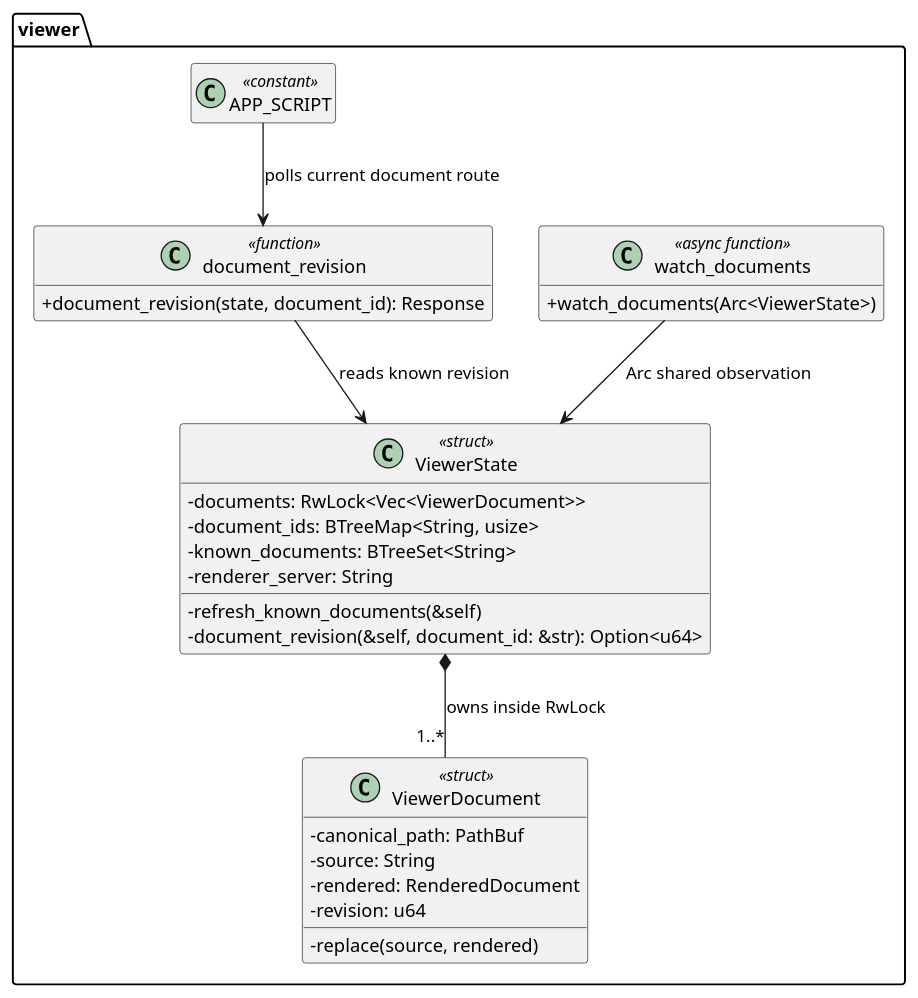
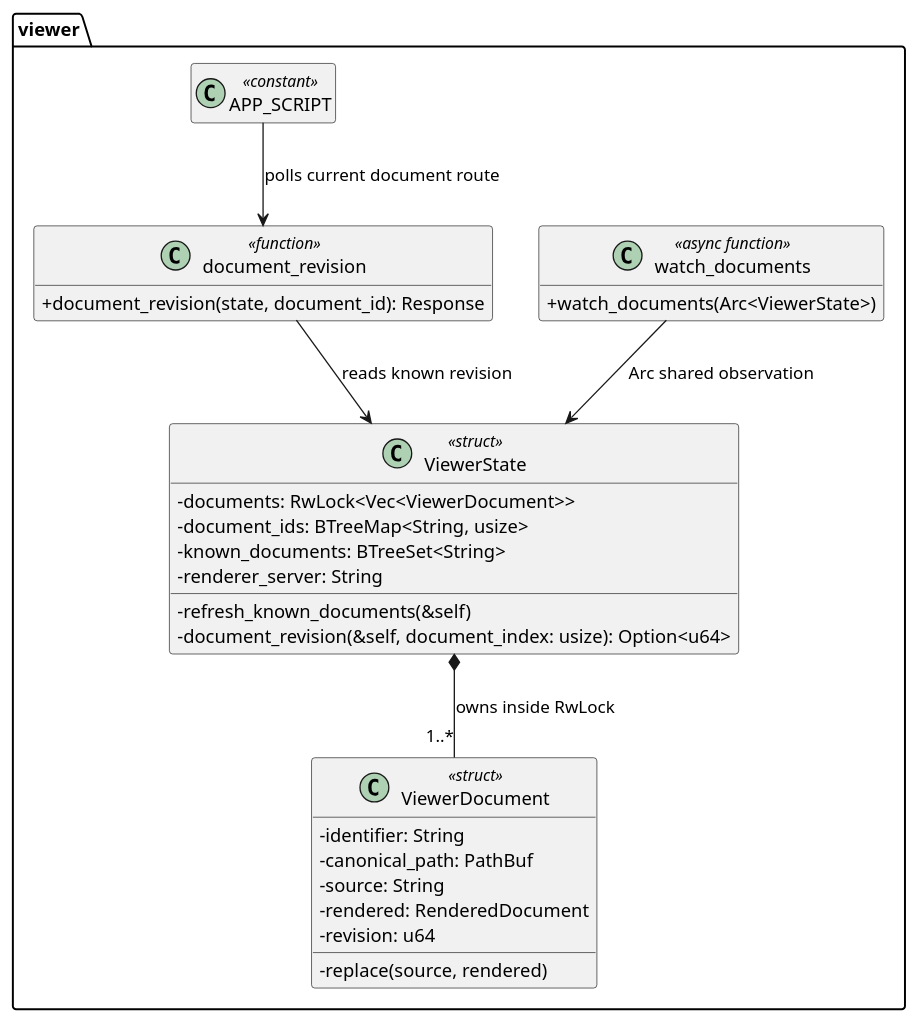
Before and after one commit to sirius-cc-wu/lens: the second of 2 diagrams in docs/features/automatic-refresh/design.md, drawn with PlantUML. The commit also changed other lines of this file and 8 other files, not shown here.

````diff
--- a/docs/features/automatic-refresh/design.md
+++ b/docs/features/automatic-refresh/design.md
@@ -80,36 +80,37 @@
 ```plantuml
 @startuml
 hide empty members
 skinparam classAttributeIconSize 0
 
 package "viewer" {
   class "ViewerState" as ViewerState <<struct>> {
     -documents: RwLock<Vec<ViewerDocument>>
     -document_ids: BTreeMap<String, usize>
     -known_documents: BTreeSet<String>
     -renderer_server: String
     -refresh_known_documents(&self)
-    -document_revision(&self, document_id: &str): Option<u64>
+    -document_revision(&self, document_index: usize): Option<u64>
   }
   class "ViewerDocument" as ViewerDocument <<struct>> {
+    -identifier: String
     -canonical_path: PathBuf
     -source: String
     -rendered: RenderedDocument
     -revision: u64
     -replace(source, rendered)
   }
   class "watch_documents" as Watcher <<async function>> {
     +watch_documents(Arc<ViewerState>)
   }
   class "document_revision" as Revision <<function>> {
     +document_revision(state, document_id): Response
   }
   class "APP_SCRIPT" as Script <<constant>>
 }
 
 Watcher --> ViewerState : Arc shared observation
 ViewerState *-- "1..*" ViewerDocument : owns inside RwLock
 Revision --> ViewerState : reads known revision
 Script --> Revision : polls current document route
 @enduml
 ```
````
